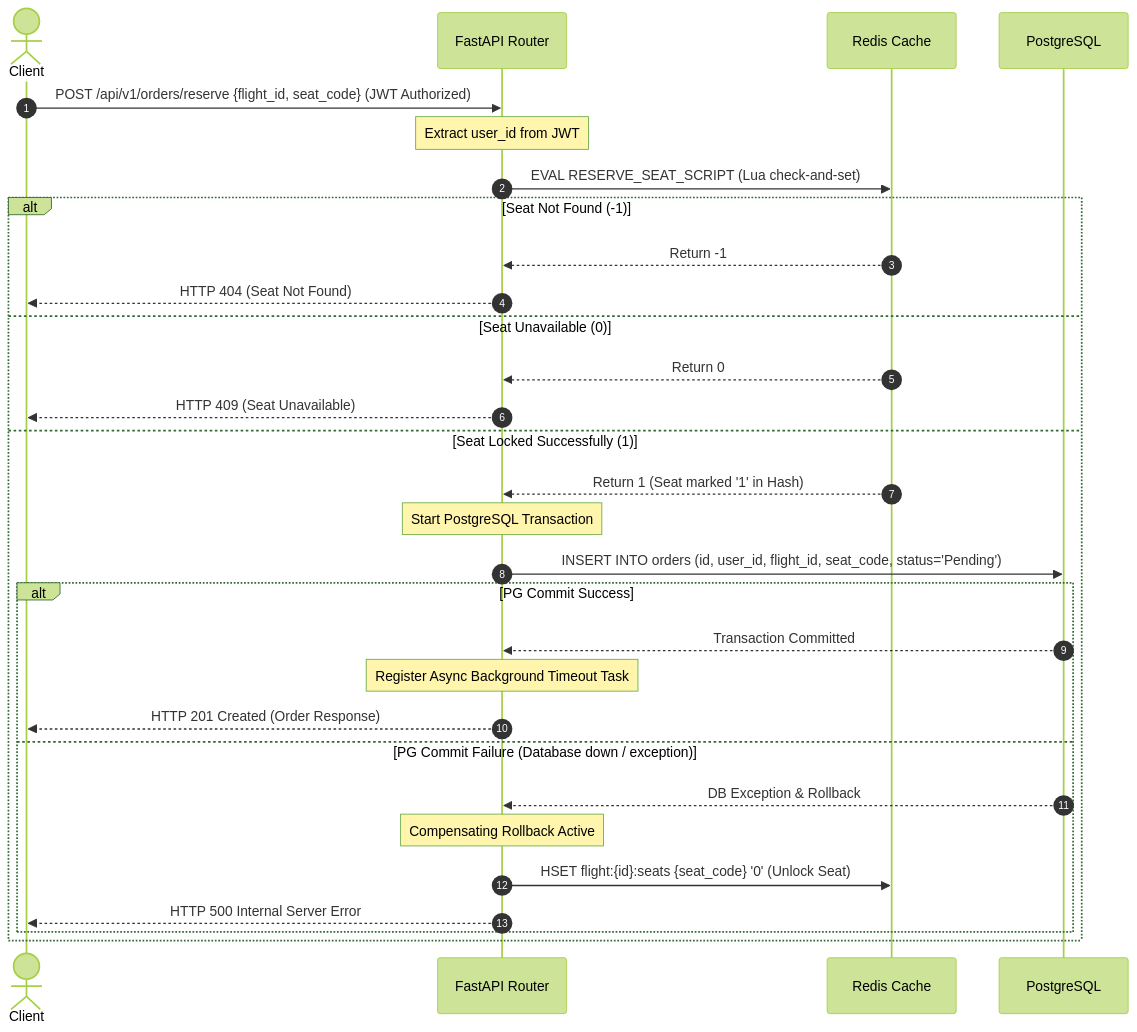
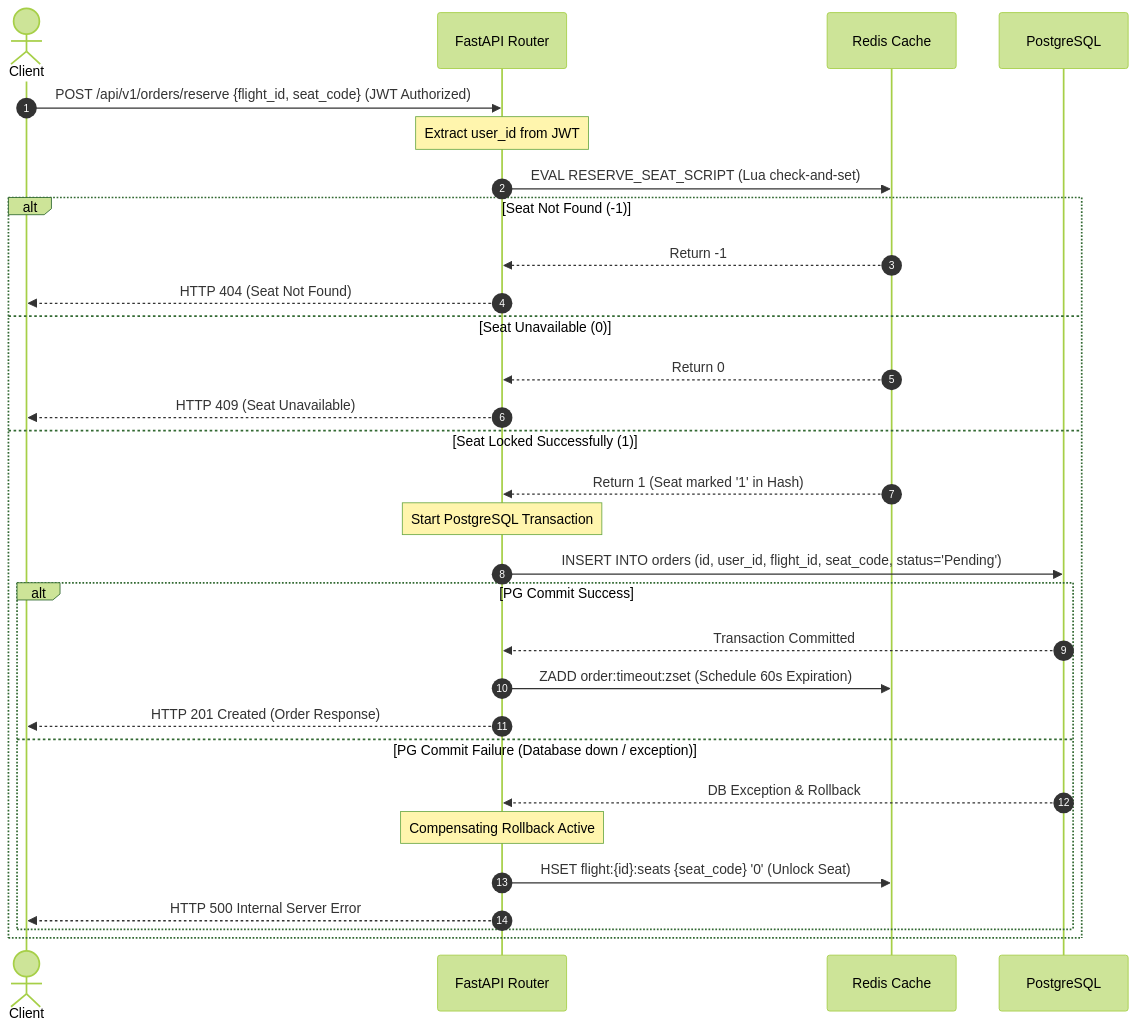
One commit to DEM-YU/flight_backend_project changed the first of 2 diagrams in README.md. Above: the diagram before and after it, drawn with Mermaid (forest theme). The commit also changed other lines of this file and 12 other files, not shown here.

````diff
--- a/README.md
+++ b/README.md
@@ -26,35 +26,35 @@
 ```mermaid
 sequenceDiagram
     autonumber
     actor Client
     participant API as FastAPI Router
     participant Redis as Redis Cache
     participant DB as PostgreSQL
 
     Client->>API: POST /api/v1/orders/reserve {flight_id, seat_code} (JWT Authorized)
     Note over API: Extract user_id from JWT
     API->>Redis: EVAL RESERVE_SEAT_SCRIPT (Lua check-and-set)
     alt Seat Not Found (-1)
         Redis-->>API: Return -1
         API-->>Client: HTTP 404 (Seat Not Found)
     else Seat Unavailable (0)
         Redis-->>API: Return 0
         API-->>Client: HTTP 409 (Seat Unavailable)
     else Seat Locked Successfully (1)
         Redis-->>API: Return 1 (Seat marked '1' in Hash)
         
         Note over API: Start PostgreSQL Transaction
         API->>DB: INSERT INTO orders (id, user_id, flight_id, seat_code, status='Pending')
         
         alt PG Commit Success
             DB-->>API: Transaction Committed
-            Note over API: Register Async Background Timeout Task
+            API->>Redis: ZADD order:timeout:zset (Schedule 60s Expiration)
             API-->>Client: HTTP 201 Created (Order Response)
         else PG Commit Failure (Database down / exception)
             DB-->>API: DB Exception & Rollback
             Note over API: Compensating Rollback Active
             API->>Redis: HSET flight:{id}:seats {seat_code} '0' (Unlock Seat)
             API-->>Client: HTTP 500 Internal Server Error
         end
     end
 ```
````
